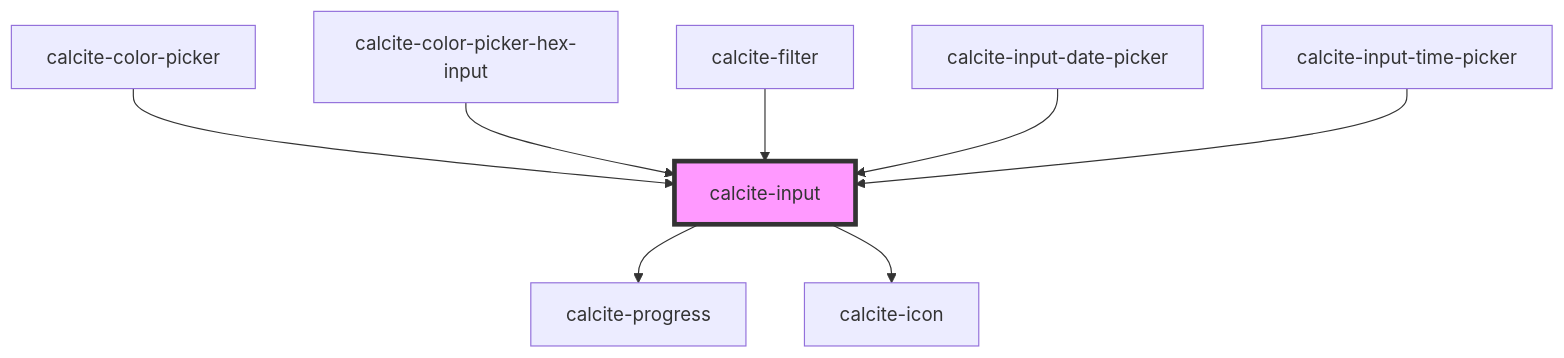
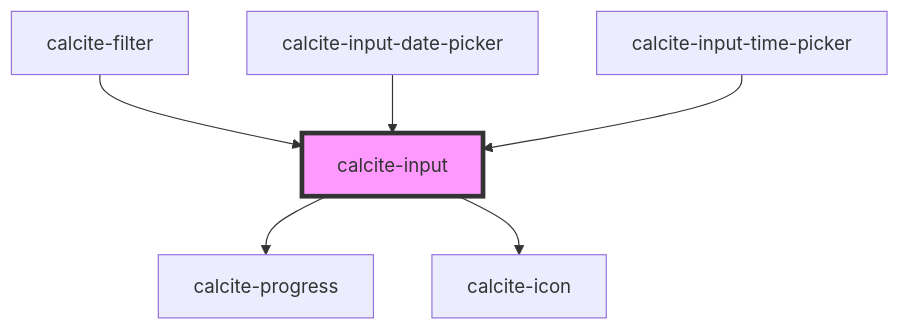
Before and after one commit to vikivakarvc/calcite-design-system: the diagram in packages/calcite-components/src/components/input/readme.md, drawn with Mermaid. The commit also changed other lines of this file and 91 other files, not shown here.

````diff
--- a/packages/calcite-components/src/components/input/readme.md
+++ b/packages/calcite-components/src/components/input/readme.md
@@ -147,11 +159,9 @@
 ```mermaid
 graph TD;
   calcite-input --> calcite-progress
   calcite-input --> calcite-icon
-  calcite-color-picker --> calcite-input
-  calcite-color-picker-hex-input --> calcite-input
   calcite-filter --> calcite-input
   calcite-input-date-picker --> calcite-input
   calcite-input-time-picker --> calcite-input
   style calcite-input fill:#f9f,stroke:#333,stroke-width:4px
 ```
````
